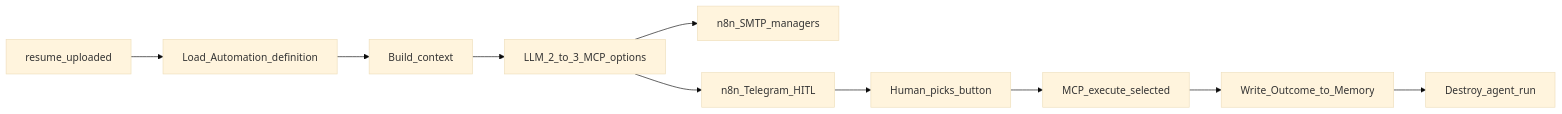
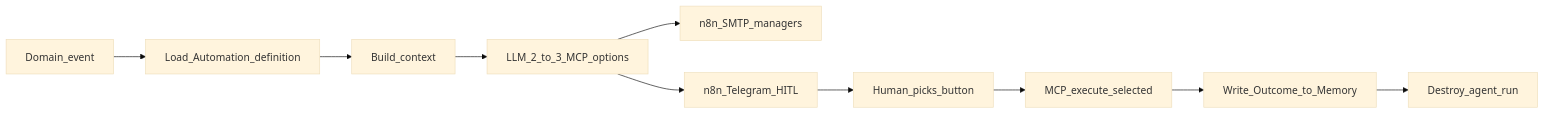
One commit to Cartnix/HireRank changed the diagram in docs/AUTOMATION.md. Above: the diagram before and after it, drawn with Mermaid (base theme). The commit also changed other lines of this file and 19 other files, not shown here.

````diff
--- a/docs/AUTOMATION.md
+++ b/docs/AUTOMATION.md
@@ -47,12 +52,12 @@
 ```mermaid
 flowchart LR
-  Event[resume_uploaded] --> Load[Load_Automation_definition]
+  Event[Domain_event] --> Load[Load_Automation_definition]
   Load --> Ctx[Build_context]
   Ctx --> Gen[LLM_2_to_3_MCP_options]
   Gen --> Email[n8n_SMTP_managers]
   Gen --> Deliver[n8n_Telegram_HITL]
   Deliver --> Pick[Human_picks_button]
   Pick --> Exec[MCP_execute_selected]
   Exec --> Write[Write_Outcome_to_Memory]
   Write --> End[Destroy_agent_run]
 ```
````
